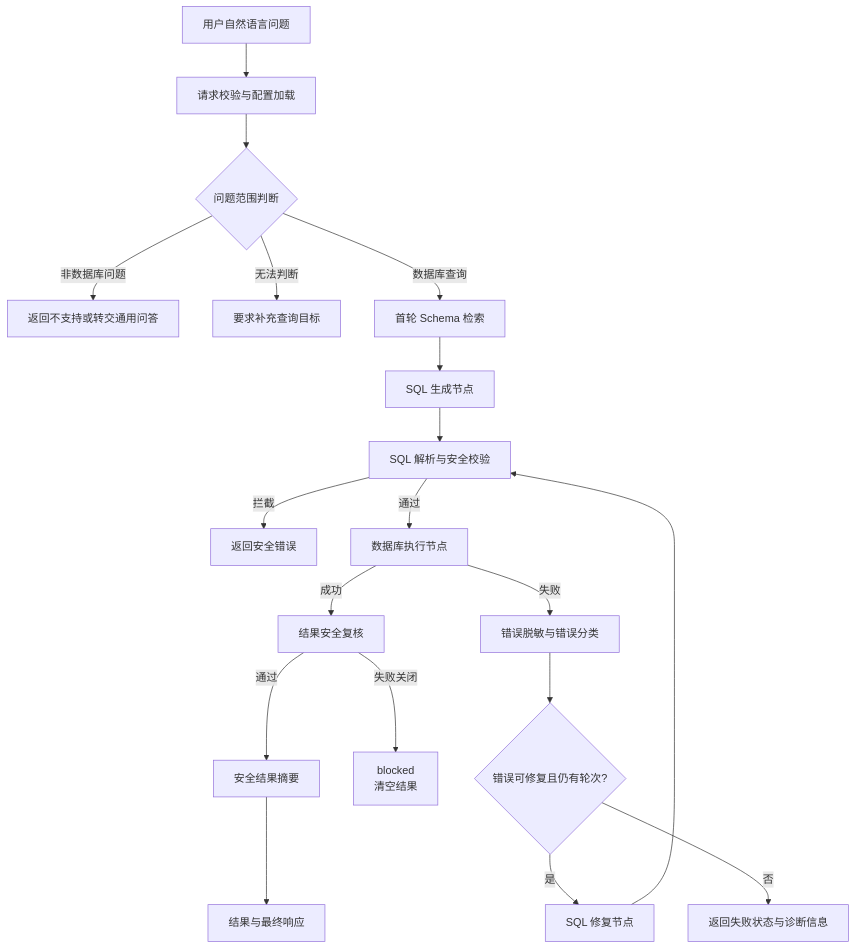
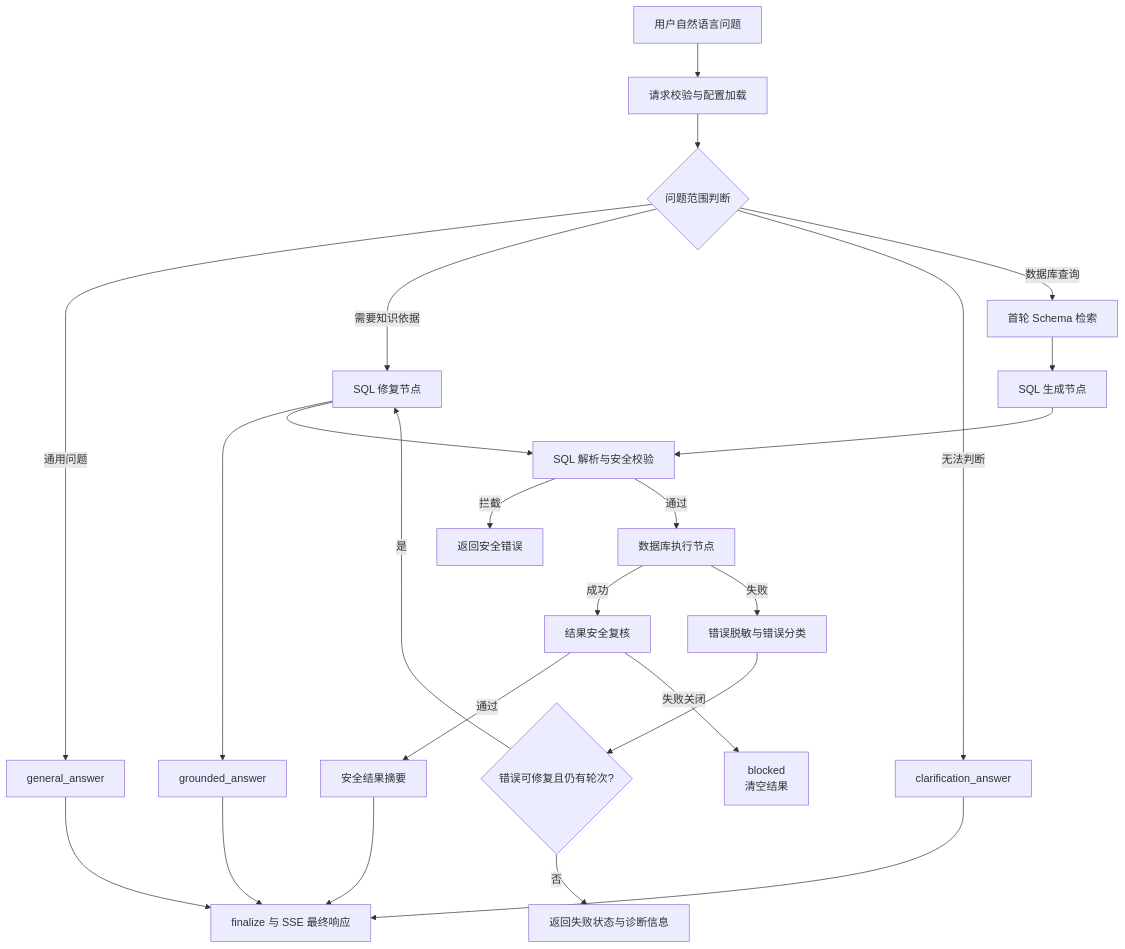
The first of 3 diagrams in docs/项目说明文档.md (ls-5s/Chain-NL2SQL), drawn with Mermaid before and after one commit. The commit also changed other lines of this file and 33 other files, not shown here.

````diff
--- a/docs/项目说明文档.md
+++ b/docs/项目说明文档.md
@@ -54,21 +54,26 @@
 ```mermaid
 flowchart TD
     A[用户自然语言问题] --> B[请求校验与配置加载]
     B --> C{问题范围判断}
-    C -->|非数据库问题| N[返回不支持或转交通用问答]
-    C -->|无法判断| U[要求补充查询目标]
+    C -->|通用问题| N[general_answer]
+    C -->|需要知识依据| K[retrieve_knowledge]
+    K --> GA[grounded_answer]
+    C -->|无法判断| U[clarification_answer]
     C -->|数据库查询| D[首轮 Schema 检索]
     D --> E[SQL 生成节点]
     E --> F[SQL 解析与安全校验]
     F -->|拦截| X[返回安全错误]
     F -->|通过| G[数据库执行节点]
     G -->|成功| RG[结果安全复核]
     RG -->|通过| RS[安全结果摘要]
     RG -->|失败关闭| XB[blocked<br/>清空结果]
-    RS --> H[结果与最终响应]
+    RS --> H[finalize 与 SSE 最终响应]
     G -->|失败| I[错误脱敏与错误分类]
     I --> J{错误可修复且仍有轮次?}
     J -->|是| K[SQL 修复节点]
     K --> F
     J -->|否| L[返回失败状态与诊断信息]
+    N --> H
+    GA --> H
+    U --> H
 ```
````
